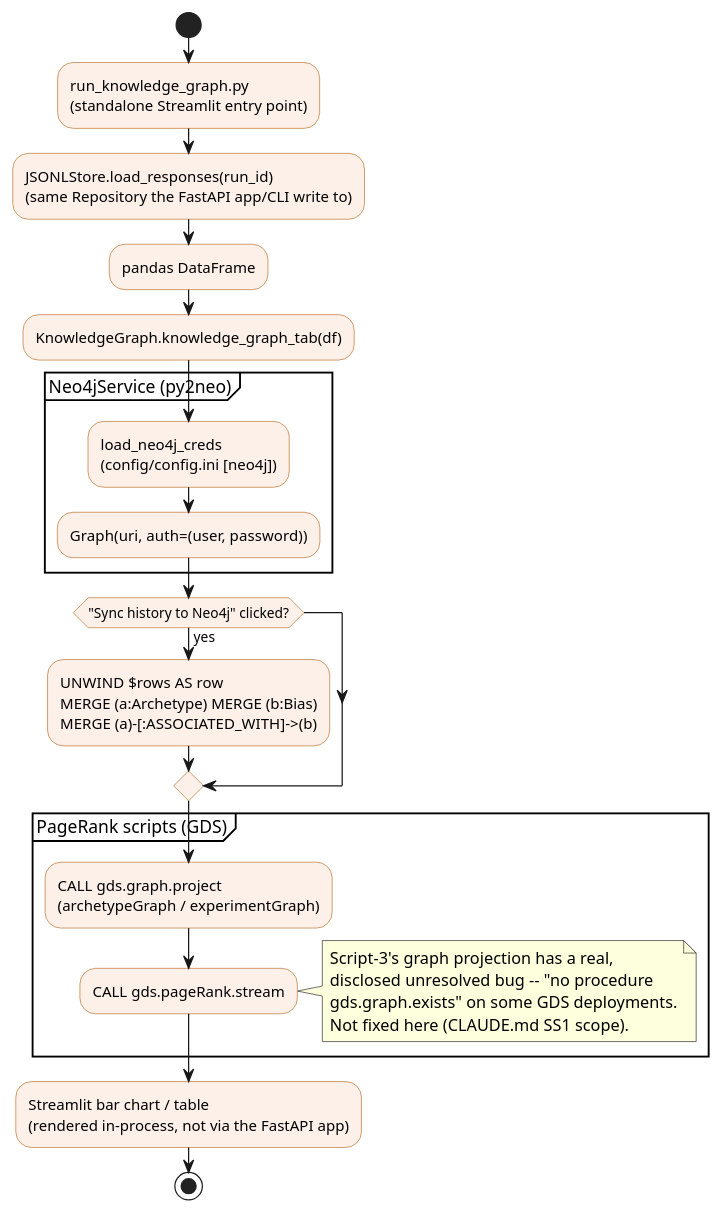
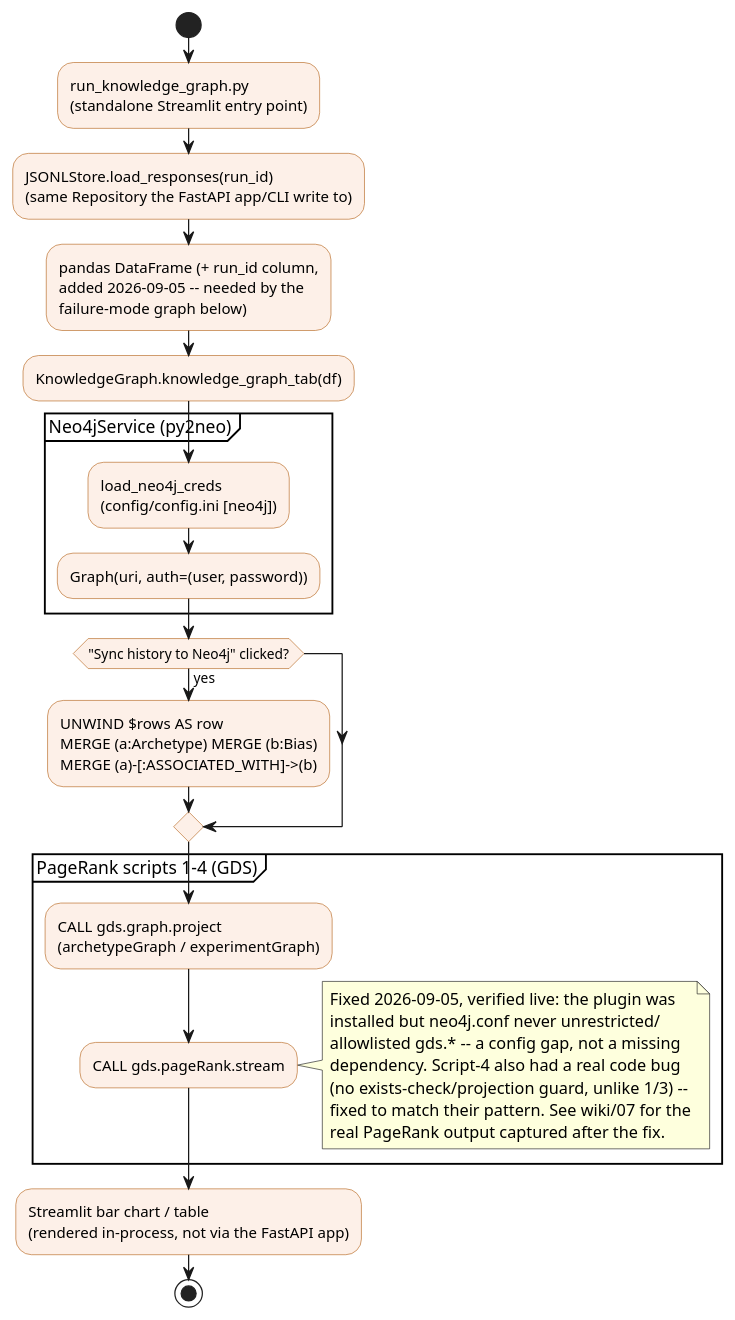
Before and after one commit to ooge0/nn_lab: the eighth of 9 diagrams in docs/source/architecture.rst, drawn with PlantUML. The commit also changed other lines of this file and 3 other files, not shown here.

```diff
--- a/docs/source/architecture.rst
+++ b/docs/source/architecture.rst
@@ -481,34 +505,34 @@
 .. uml::
 
    @startuml
    skinparam backgroundColor transparent
    skinparam shadowing false
    skinparam activity {
      BackgroundColor #fdf0e8
      BorderColor #b5651d
    }
 
    start
    :run_knowledge_graph.py\n(standalone Streamlit entry point);
    :JSONLStore.load_responses(run_id)\n(same Repository the FastAPI app/CLI write to);
-   :pandas DataFrame;
+   :pandas DataFrame (+ run_id column,\nadded 2026-09-05 -- needed by the\nfailure-mode graph below);
    :KnowledgeGraph.knowledge_graph_tab(df);
 
    partition "Neo4jService (py2neo)" {
      :load_neo4j_creds\n(config/config.ini [neo4j]);
      :Graph(uri, auth=(user, password));
    }
 
    if ("Sync history to Neo4j" clicked?) then (yes)
      :UNWIND $rows AS row\nMERGE (a:Archetype) MERGE (b:Bias)\nMERGE (a)-[:ASSOCIATED_WITH]->(b);
    endif
 
-   partition "PageRank scripts (GDS)" {
+   partition "PageRank scripts 1-4 (GDS)" {
      :CALL gds.graph.project\n(archetypeGraph / experimentGraph);
      :CALL gds.pageRank.stream;
-     note right: Script-3's graph projection has a real,\ndisclosed unresolved bug -- "no procedure\ngds.graph.exists" on some GDS deployments.\nNot fixed here (CLAUDE.md SS1 scope).
+     note right: Fixed 2026-09-05, verified live: the plugin was\ninstalled but neo4j.conf never unrestricted/\nallowlisted gds.* -- a config gap, not a missing\ndependency. Script-4 also had a real code bug\n(no exists-check/projection guard, unlike 1/3) --\nfixed to match their pattern. See wiki/07 for the\nreal PageRank output captured after the fix.
    }
 
    :Streamlit bar chart / table\n(rendered in-process, not via the FastAPI app);
    stop
    @enduml
```
